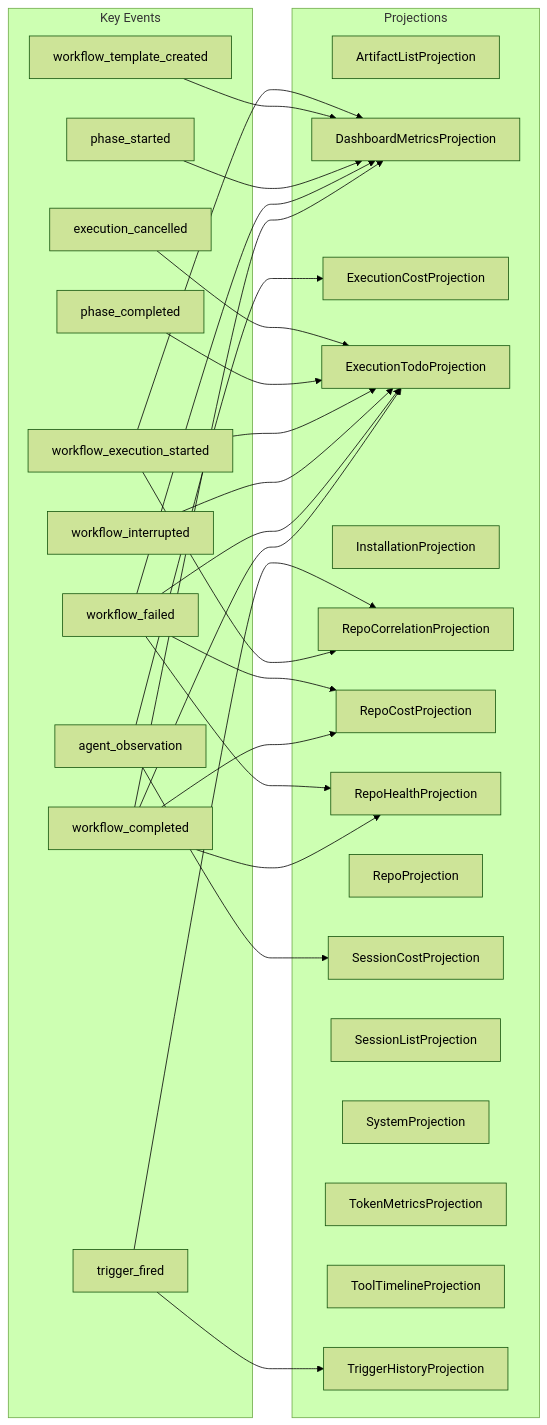
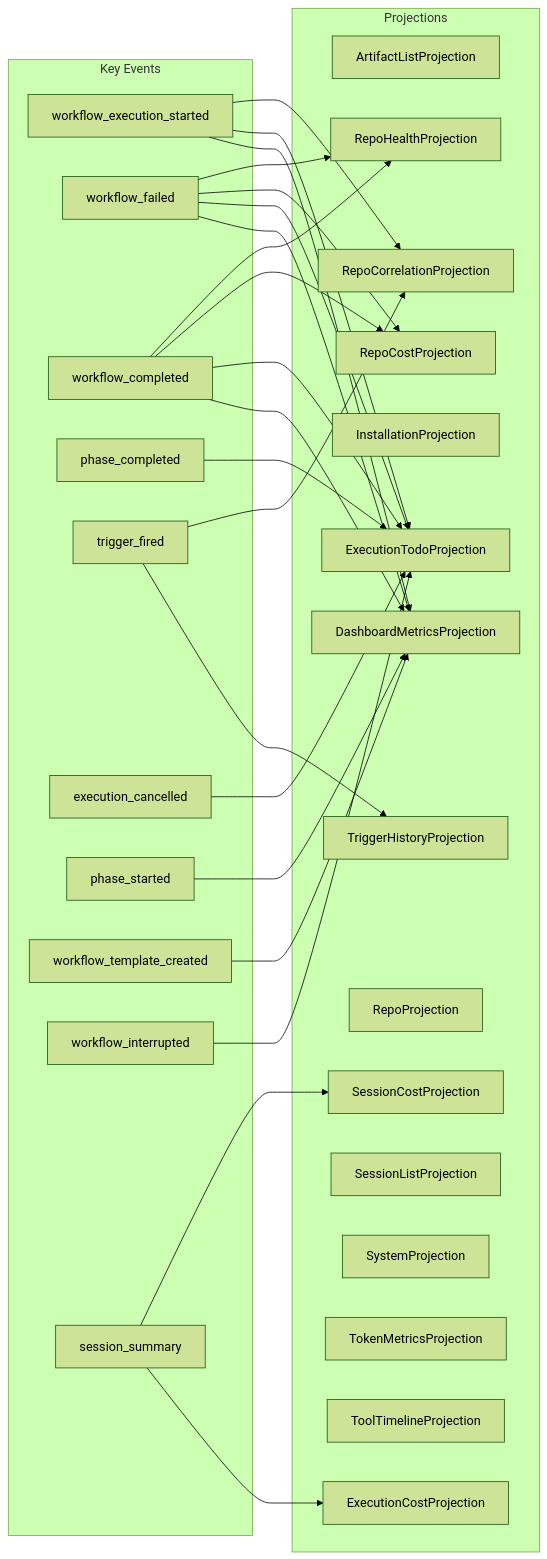
Before and after one commit to syntropic137/syntropic137: the diagram in docs/architecture/projection-subscriptions.md, drawn with Mermaid (forest theme). The commit also changed other lines of this file and 16 other files, not shown here.

````diff
--- a/docs/architecture/projection-subscriptions.md
+++ b/docs/architecture/projection-subscriptions.md
@@ -15,54 +15,54 @@
 ```mermaid
 graph LR
     subgraph events["Key Events"]
         e1[workflow_execution_started]
-        e2[workflow_completed]
-        e3[workflow_failed]
+        e2[workflow_failed]
+        e3[workflow_completed]
         e4[phase_completed]
-        e5[phase_started]
-        e6[workflow_interrupted]
-        e7[workflow_template_created]
-        e8[trigger_fired]
-        e9[execution_cancelled]
-        e10[agent_observation]
+        e5[trigger_fired]
+        e6[execution_cancelled]
+        e7[phase_started]
+        e8[workflow_template_created]
+        e9[workflow_interrupted]
+        e10[session_summary]
     end
 
     subgraph projections["Projections"]
         p1[ArtifactListProjection]
         p2[DashboardMetricsProjection]
         p3[ExecutionCostProjection]
         p4[ExecutionTodoProjection]
         p5[InstallationProjection]
         p6[RepoCorrelationProjection]
         p7[RepoCostProjection]
         p8[RepoHealthProjection]
         p9[RepoProjection]
         p10[SessionCostProjection]
         p11[SessionListProjection]
         p12[SystemProjection]
         p13[TokenMetricsProjection]
         p14[ToolTimelineProjection]
         p15[TriggerHistoryProjection]
     end
 
     e10 --> p10
     e10 --> p3
+    e5 --> p6
+    e5 --> p15
+    e6 --> p4
+    e4 --> p4
+    e7 --> p2
+    e8 --> p2
     e2 --> p8
     e2 --> p7
     e2 --> p4
     e2 --> p2
+    e9 --> p4
+    e1 --> p6
+    e1 --> p4
+    e1 --> p2
     e3 --> p8
     e3 --> p7
     e3 --> p4
     e3 --> p2
-    e5 --> p2
-    e6 --> p4
-    e7 --> p2
-    e1 --> p6
-    e1 --> p4
-    e1 --> p2
-    e4 --> p4
-    e8 --> p6
-    e8 --> p15
-    e9 --> p4
 ```
````
